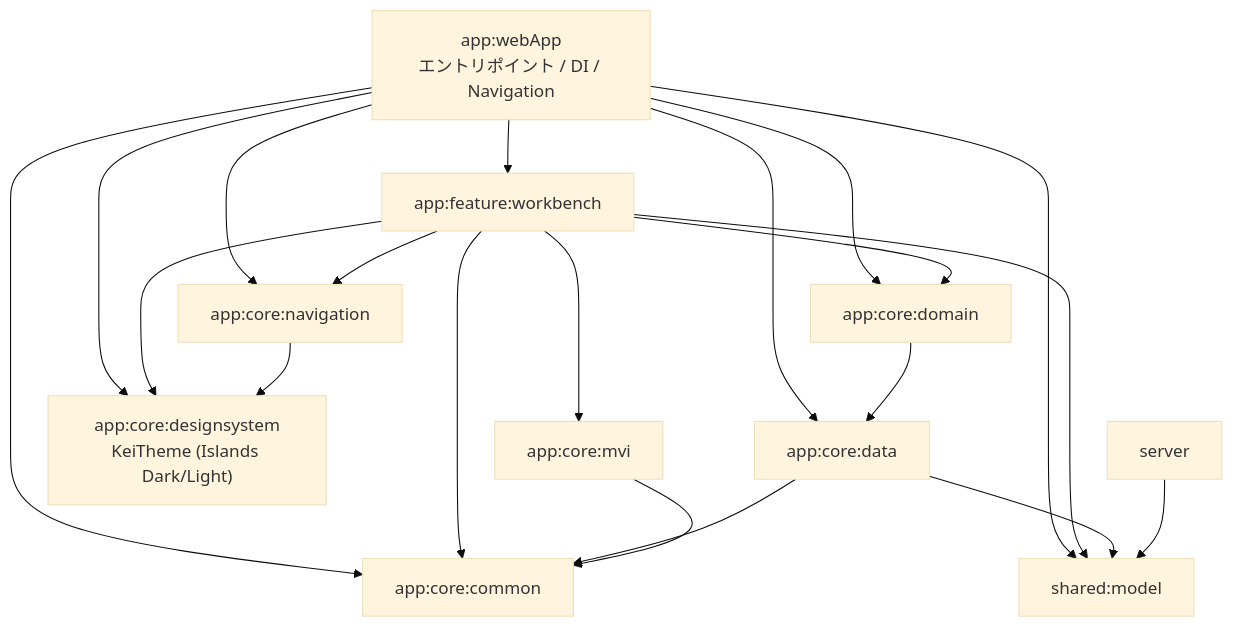
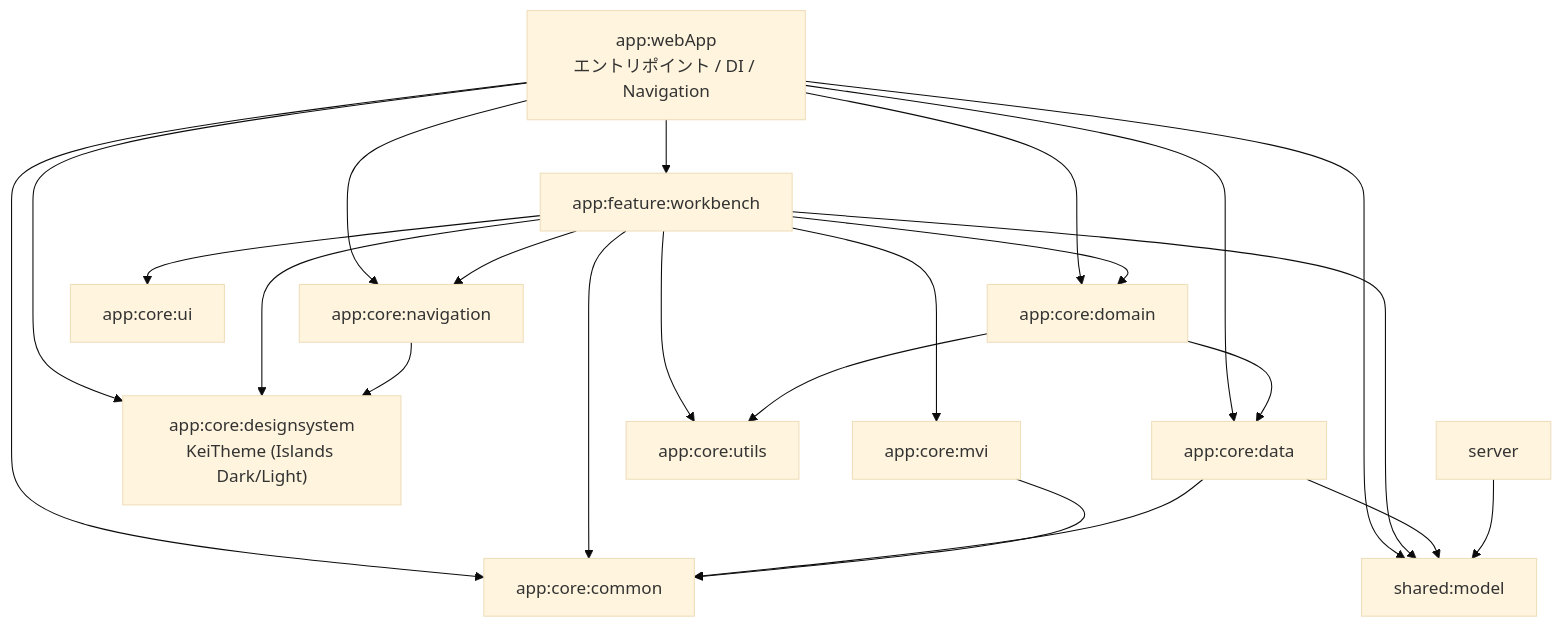
One commit to kei-1111/kei-1111-admin changed the diagram in docs/ModuleOverview.md. Above: the diagram before and after it, drawn with Mermaid (base theme). The commit also changed other lines of this file and 23 other files, not shown here.

````diff
--- a/docs/ModuleOverview.md
+++ b/docs/ModuleOverview.md
@@ -7,33 +7,38 @@
 ```mermaid
 flowchart TB
     webApp["app:webApp<br>エントリポイント / DI / Navigation"]
     workbench["app:feature:workbench"]
     common["app:core:common"]
     data["app:core:data"]
     domain["app:core:domain"]
     designsystem["app:core:designsystem<br>KeiTheme (Islands Dark/Light)"]
     mvi["app:core:mvi"]
     navigation["app:core:navigation"]
+    ui["app:core:ui"]
+    utils["app:core:utils"]
     model["shared:model"]
     server["server"]
 
     webApp --> workbench
     webApp --> common
     webApp --> data
     webApp --> domain
     webApp --> designsystem
     webApp --> navigation
     webApp --> model
     workbench --> common
     workbench --> designsystem
     workbench --> domain
     workbench --> mvi
     workbench --> navigation
+    workbench --> ui
+    workbench --> utils
     workbench --> model
     domain --> data
+    domain --> utils
     data --> common
     data --> model
     mvi --> common
     navigation --> designsystem
     server --> model
 ```
````
